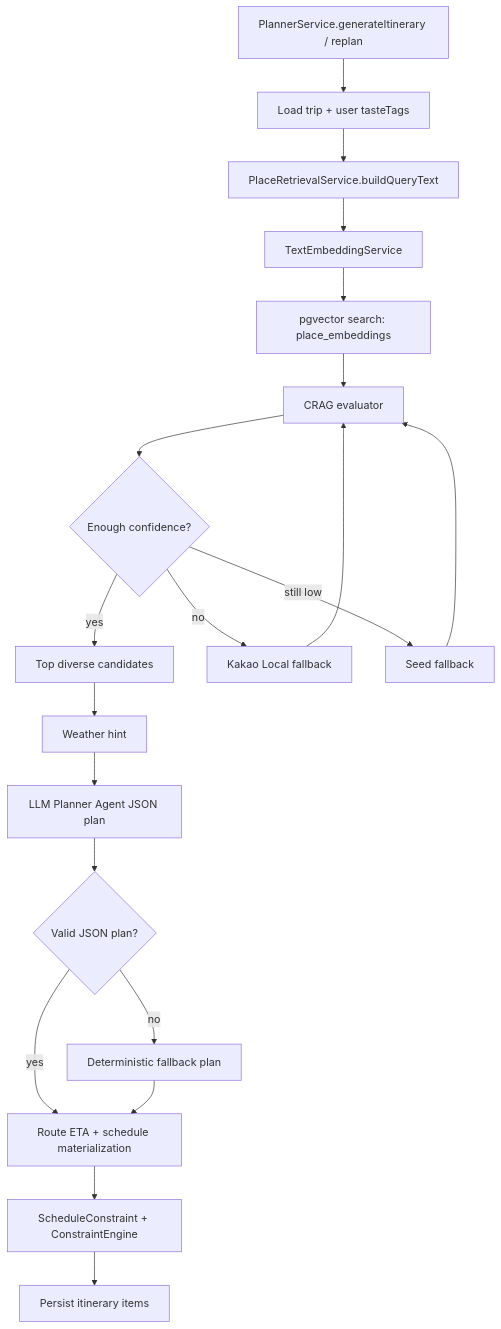
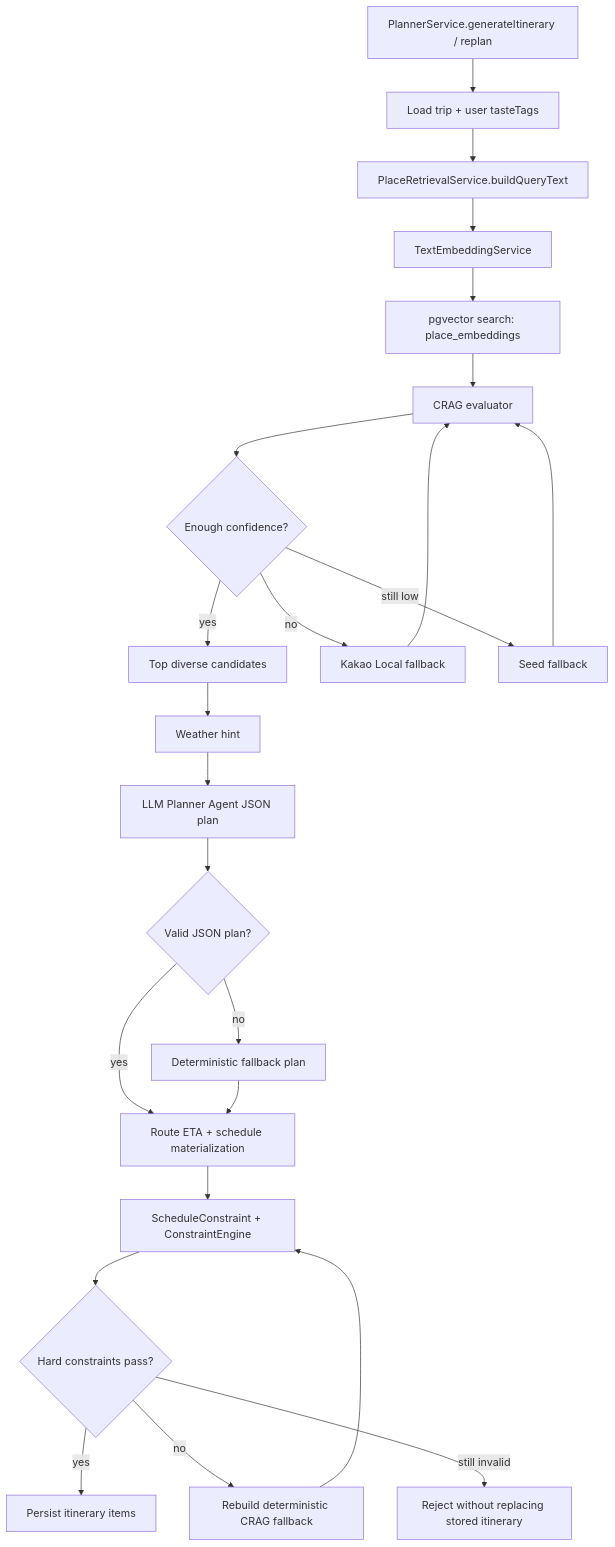
Before and after one commit to PNUKoZune/tripick: the diagram in docs/rag-crag-v1.md, drawn with Mermaid. The commit also changed other lines of this file and 12 other files, not shown here.

Commit message:
fix: enforce planner hard constraints

````diff
--- a/docs/rag-crag-v1.md
+++ b/docs/rag-crag-v1.md
@@ -36,22 +43,26 @@
 ```mermaid
 flowchart TD
   A["PlannerService.generateItinerary / replan"] --> B["Load trip + user tasteTags"]
   B --> C["PlaceRetrievalService.buildQueryText"]
   C --> D["TextEmbeddingService"]
   D --> E["pgvector search: place_embeddings"]
   E --> F["CRAG evaluator"]
   F --> G{"Enough confidence?"}
   G -- "yes" --> J["Top diverse candidates"]
   G -- "no" --> H["Kakao Local fallback"]
   H --> F
   G -- "still low" --> I["Seed fallback"]
   I --> F
   J --> L["Weather hint"]
   L --> M["LLM Planner Agent JSON plan"]
   M --> N{"Valid JSON plan?"}
   N -- "yes" --> O["Route ETA + schedule materialization"]
   N -- "no" --> P["Deterministic fallback plan"]
   P --> O
   O --> Q["ScheduleConstraint + ConstraintEngine"]
-  Q --> R["Persist itinerary items"]
+  Q --> S{"Hard constraints pass?"}
+  S -- "yes" --> R["Persist itinerary items"]
+  S -- "no" --> T["Rebuild deterministic CRAG fallback"]
+  T --> Q
+  S -- "still invalid" --> U["Reject without replacing stored itinerary"]
 ```
````
